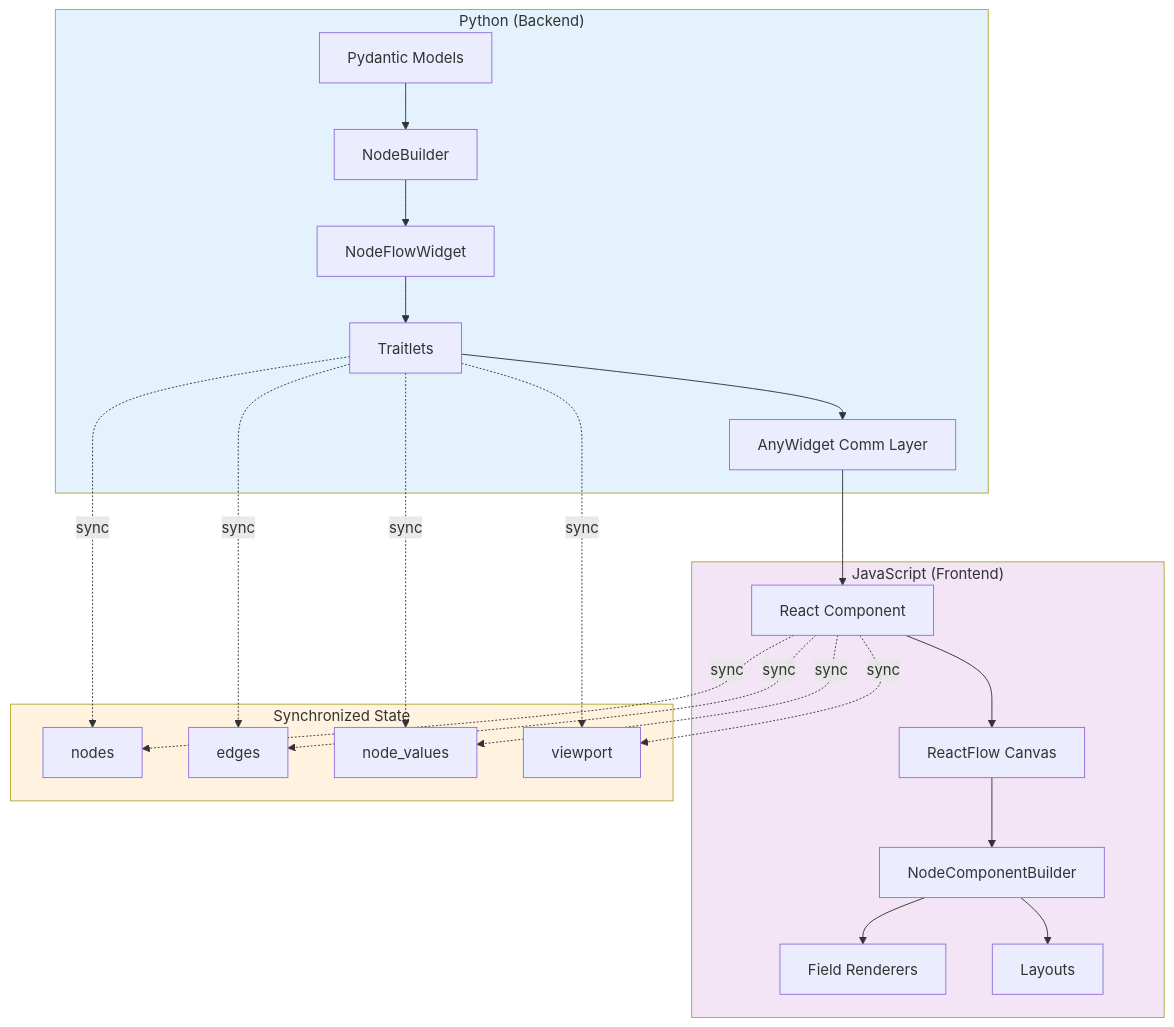
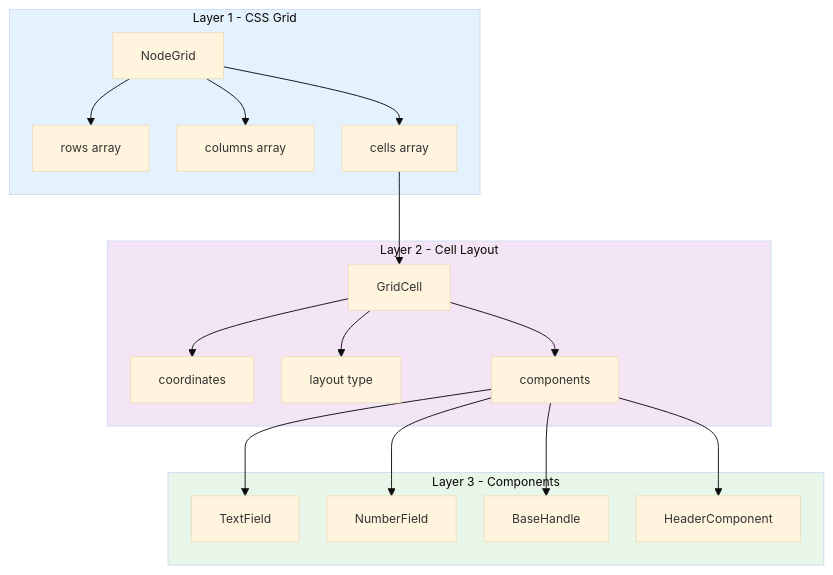
Before and after one commit to HenningScheufler/pynodewidget: the second of 8 diagrams in docs/developer/architecture.md, drawn with Mermaid. The commit also changed other lines of this file and 134 other files, not shown here.

````diff
--- a/docs/developer/architecture.md
+++ b/docs/developer/architecture.md
@@ -9,37 +34,27 @@
 ```mermaid
-graph TB
-    subgraph Python["Python (Backend)"]
-        A[Pydantic Models] --> B[NodeBuilder]
-        B --> C[NodeFlowWidget]
-        C --> D[Traitlets]
-        D --> E[AnyWidget Comm Layer]
+%%{init: {'theme':'base', 'themeVariables': {'fontSize':'13px'}, 'flowchart':{'nodeSpacing':30, 'rankSpacing':50}}}%%
+flowchart TB
+    subgraph Layer1[Layer 1 - CSS Grid]
+        A[NodeGrid] --> B[rows array]
+        A --> C[columns array]
+        A --> D[cells array]
     end
     
-    subgraph JavaScript["JavaScript (Frontend)"]
-        E --> F[React Component]
-        F --> G[ReactFlow Canvas]
-        G --> H[NodeComponentBuilder]
-        H --> I[Field Renderers]
-        H --> J[Layouts]
+    subgraph Layer2[Layer 2 - Cell Layout]
+        D --> E[GridCell]
+        E --> F[coordinates]
+        E --> G[layout type]
+        E --> H[components]
     end
     
-    subgraph State["Synchronized State"]
-        K[nodes]
-        L[edges]
-        M[node_values]
-        N[viewport]
+    subgraph Layer3[Layer 3 - Components]
+        H --> I[TextField]
+        H --> J[NumberField]
+        H --> K[BaseHandle]
+        H --> L[HeaderComponent]
     end
     
-    D -.sync.-> K
-    D -.sync.-> L
-    D -.sync.-> M
-    D -.sync.-> N
-    F -.sync.-> K
-    F -.sync.-> L
-    F -.sync.-> M
-    F -.sync.-> N
-    
-    style Python fill:#e3f2fd
-    style JavaScript fill:#f3e5f5
-    style State fill:#fff3e0
+    style Layer1 fill:#e3f2fd
+    style Layer2 fill:#f3e5f5
+    style Layer3 fill:#e8f5e9
 ```
````
